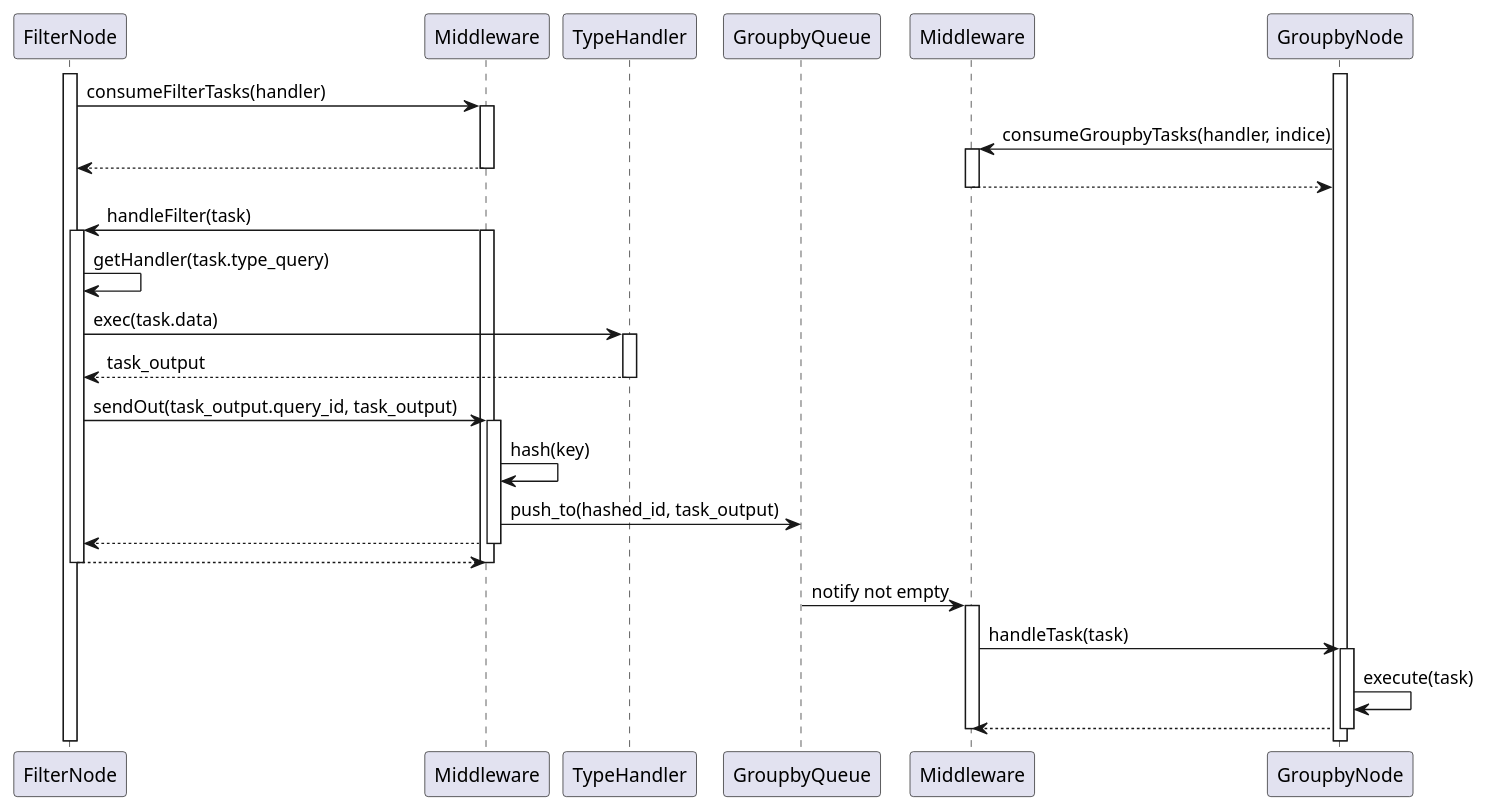
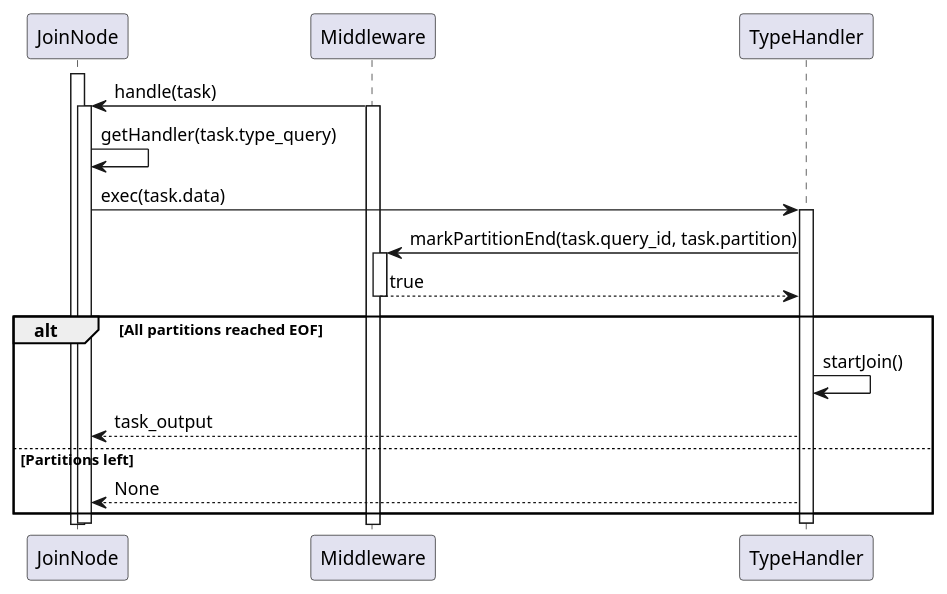
One commit to SebastianVintonuke/TA050-TP-Design changed the diagram in src/seq/new_partitions_check.puml. Above: the diagram before and after it, drawn with PlantUML. The commit also changed 1 other file, not shown here.

Commit message:
real diagrams

```diff
--- a/src/seq/new_partitions_check.puml
+++ b/src/seq/new_partitions_check.puml
@@ -1,58 +1,31 @@
 @startuml
 
-participant FilterNode
+participant JoinNode
 participant Middleware
 participant TypeHandler
-participant GroupbyQueue
-participant Middleware as MiddlewareGroupBy
-participant GroupbyNode
-activate GroupbyNode
-activate FilterNode
 
-FilterNode-> Middleware : consumeFilterTasks(handler)
+activate JoinNode
+
+Middleware -> JoinNode: handle(task)
+activate JoinNode
 activate Middleware
-GroupbyNode-> MiddlewareGroupBy : consumeGroupbyTasks(handler, indice)
-activate MiddlewareGroupBy
-Middleware-->FilterNode: 
+
+JoinNode-> JoinNode: getHandler(task.type_query)
+JoinNode-> TypeHandler : exec(task.data)
+activate TypeHandler
+
+TypeHandler->Middleware: markPartitionEnd(task.query_id, task.partition)
+activate Middleware
+Middleware --> TypeHandler : true 
 deactivate Middleware
 
-MiddlewareGroupBy-->GroupbyNode: 
-deactivate MiddlewareGroupBy
-
-
-Middleware -> FilterNode: handleFilter(task)
-activate FilterNode
-activate Middleware
-
-FilterNode-> FilterNode: getHandler(task.type_query)
-FilterNode-> TypeHandler : exec(task.data)
-activate TypeHandler
-TypeHandler --> FilterNode: task_output
+alt All partitions reached EOF
+    TypeHandler -> TypeHandler : startJoin()
+    TypeHandler --> JoinNode: task_output
+else Partitions left
+    TypeHandler --> JoinNode : None
+end
 deactivate TypeHandler
-
-FilterNode -> Middleware: sendOut(task_output.query_id, task_output)
-activate Middleware
-
-Middleware->Middleware: hash(key)
-Middleware -> GroupbyQueue: push_to(hashed_id, task_output)
-
-Middleware -->FilterNode: 
-deactivate Middleware
-FilterNode --> Middleware :
-deactivate FilterNode
-deactivate Middleware
-
-
-GroupbyQueue -> MiddlewareGroupBy: notify not empty
-activate MiddlewareGroupBy
-
-MiddlewareGroupBy -> GroupbyNode : handleTask(task)
-activate GroupbyNode
-
-GroupbyNode->GroupbyNode: execute(task)
-GroupbyNode--> MiddlewareGroupBy :
-deactivate MiddlewareGroupBy
-deactivate GroupbyNode
-
+deactivate JoinNode
 
 @enduml
```
